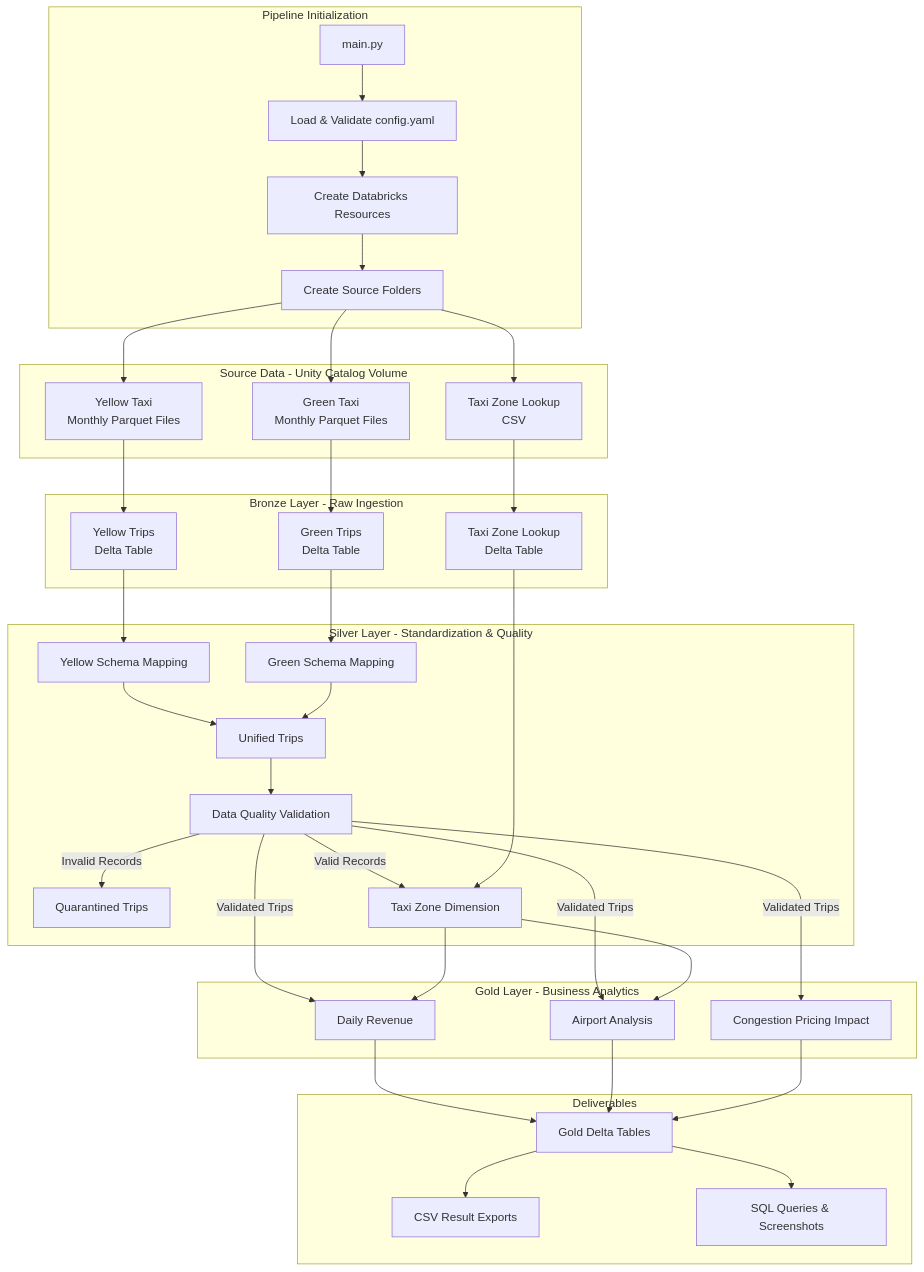
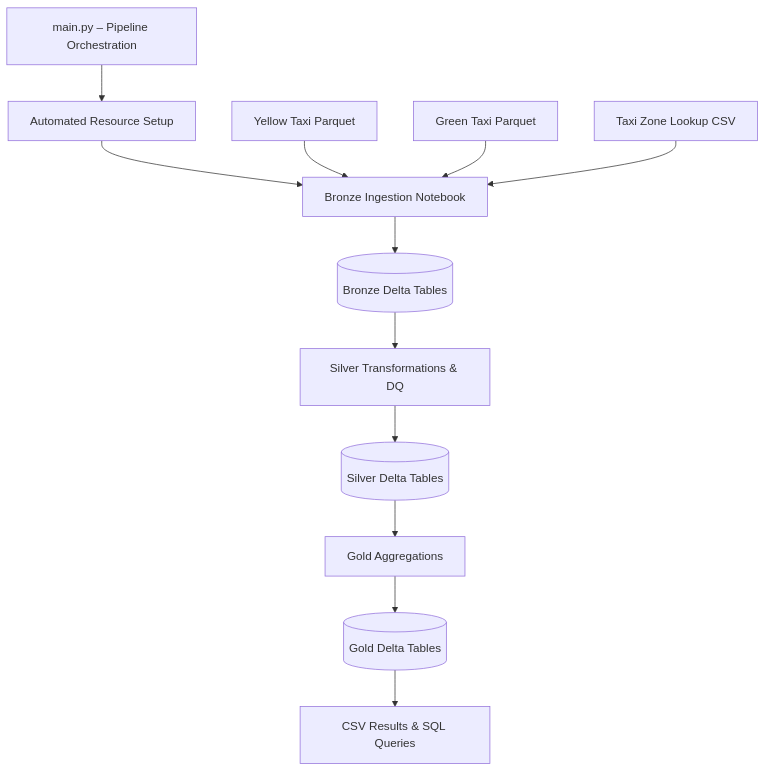
The diagram in README.md (anmolmishra02/NYC-Trip-Records-Pipeline), drawn with Mermaid before and after one commit. The commit also changed other lines of this file, not shown here.

````diff
--- a/README.md
+++ b/README.md
@@ -39,78 +19,14 @@
 ```mermaid
 flowchart TD
-
-    subgraph SETUP["Pipeline Initialization"]
-        A["main.py"]
-        B["Load & Validate config.yaml"]
-        C["Create Databricks Resources"]
-        D["Create Source Folders"]
-
-        A --> B --> C --> D
-    end
-
-    subgraph SOURCE["Source Data - Unity Catalog Volume"]
-        E["Yellow Taxi<br/>Monthly Parquet Files"]
-        F["Green Taxi<br/>Monthly Parquet Files"]
-        G["Taxi Zone Lookup<br/>CSV"]
-    end
-
-    subgraph BRONZE["Bronze Layer - Raw Ingestion"]
-        H["Yellow Trips<br/>Delta Table"]
-        I["Green Trips<br/>Delta Table"]
-        J["Taxi Zone Lookup<br/>Delta Table"]
-    end
-
-    subgraph SILVER["Silver Layer - Standardization & Quality"]
-        K["Yellow Schema Mapping"]
-        L["Green Schema Mapping"]
-        M["Unified Trips"]
-        N["Data Quality Validation"]
-        O["Quarantined Trips"]
-        P["Taxi Zone Dimension"]
-    end
-
-    subgraph GOLD["Gold Layer - Business Analytics"]
-        Q["Daily Revenue"]
-        R["Airport Analysis"]
-        S["Congestion Pricing Impact"]
-    end
-
-    subgraph OUTPUT["Deliverables"]
-        T["Gold Delta Tables"]
-        U["CSV Result Exports"]
-        V["SQL Queries & Screenshots"]
-    end
-
-    D --> E
-    D --> F
-    D --> G
-
-    E --> H
-    F --> I
-    G --> J
-
-    H --> K
-    I --> L
-
-    K --> M
-    L --> M
-
-    M --> N
-    N -->|Valid Records| P
-    N -->|Invalid Records| O
-
-    N -->|Validated Trips| Q
-    N -->|Validated Trips| R
-    N -->|Validated Trips| S
-
-    J --> P
-    P --> Q
-    P --> R
-
-    Q --> T
-    R --> T
-    S --> T
-
-    T --> U
-    T --> V
+    A["main.py – Pipeline Orchestration"] --> B["Automated Resource Setup"]
+    B --> C["Bronze Ingestion Notebook"]
+    S1["Yellow Taxi Parquet"] --> C
+    S2["Green Taxi Parquet"] --> C
+    S3["Taxi Zone Lookup CSV"] --> C
+    C --> D[("Bronze Delta Tables")]
+    D --> E["Silver Transformations & DQ"]
+    E --> F[("Silver Delta Tables")]
+    F --> G["Gold Aggregations"]
+    G --> H[("Gold Delta Tables")]
+    H --> I["CSV Results & SQL Queries"]
 ```
````
